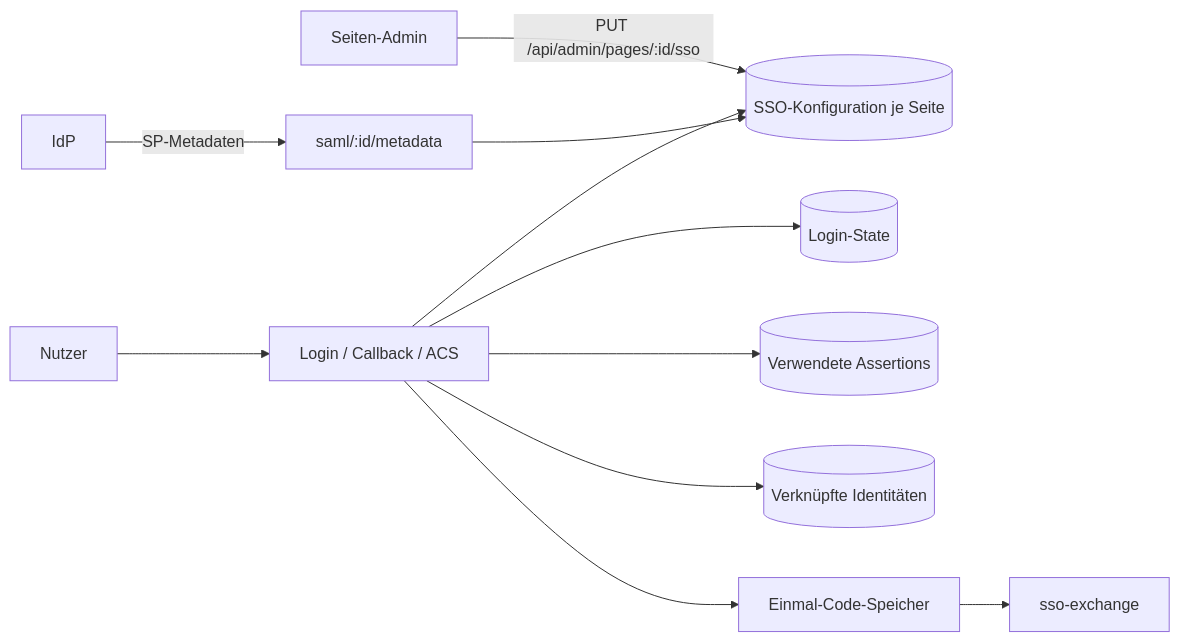
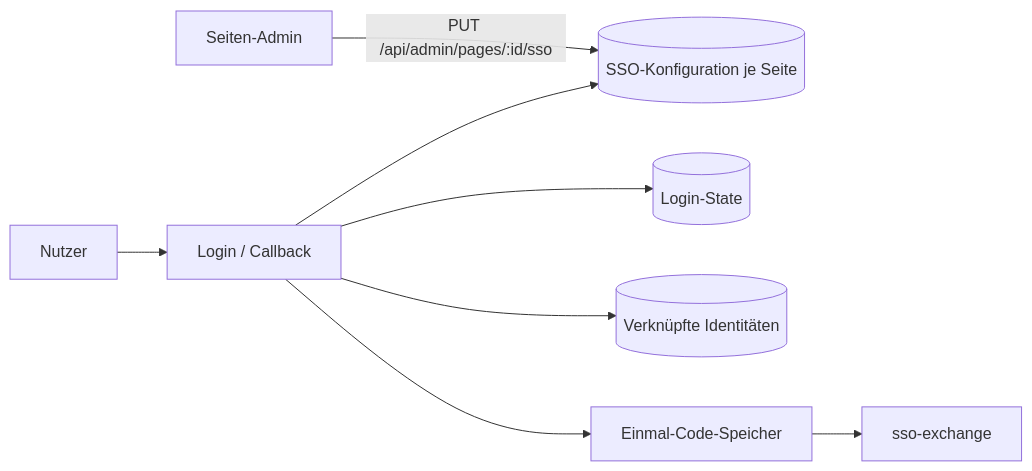
The third of 3 diagrams in docs/sso/architecture.md (FrAigner/statushafen), drawn with Mermaid before and after one commit. The commit also changed other lines of this file and 73 other files, not shown here.

````diff
--- a/docs/sso/architecture.md
+++ b/docs/sso/architecture.md
@@ -85,13 +58,10 @@
 ```mermaid
 flowchart LR
     A[Seiten-Admin] -->|PUT /api/admin/pages/:id/sso| C[(SSO-Konfiguration je Seite)]
-    U[Nutzer] --> L[Login / Callback / ACS]
-    I[IdP] -->|SP-Metadaten| M[saml/:id/metadata]
-    M --> C
+    U[Nutzer] --> L[Login / Callback]
     L --> C
     L --> D[(Login-State)]
-    L --> R[(Verwendete Assertions)]
     L --> K[(Verknüpfte Identitäten)]
     L --> X[Einmal-Code-Speicher]
     X --> E[sso-exchange]
 ```
````
